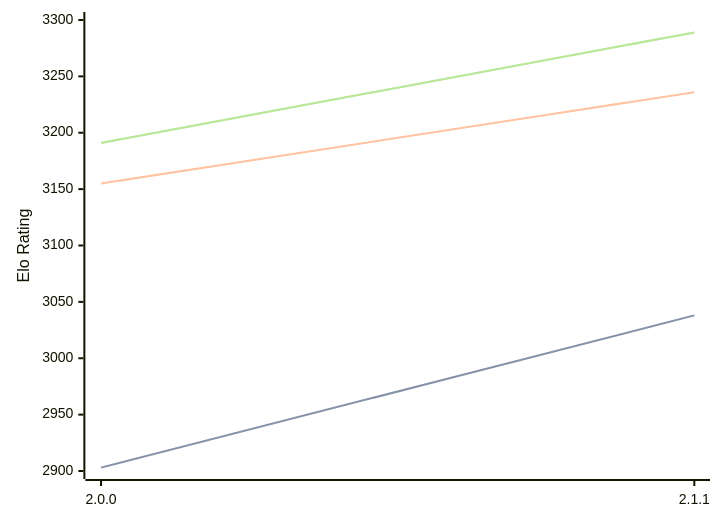
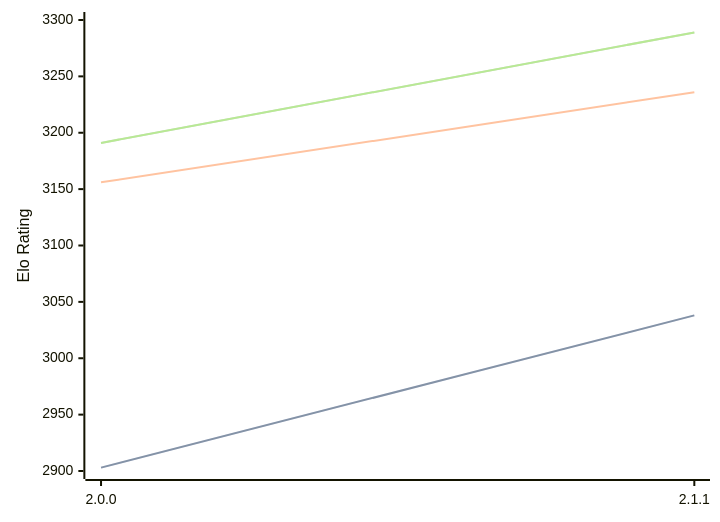
Before and after one commit to computer-chess-index/cci: the diagram in engines/Bread.md, drawn with Mermaid. The commit also changed other lines of this file, not shown here.

````diff
--- a/engines/Bread.md
+++ b/engines/Bread.md
@@ -47,11 +47,11 @@
 ```mermaid
 %%{init: {"theme":"base","themeVariables":{"seriesColors:['#a3a3a3','#222221','#faa371']}}}%%
 xychart-beta
   x-axis ["2.0.0", "2.1.1"]
   y-axis "Elo Rating" 2900 --> 3300
   line "STC (8.0+0.08s)" [2903, 3038]
   line "STC (8.0+0.08s)" [2903, 3038]
-  line "LTC (60.0+0.60s)" [3155, 3236]
+  line "LTC (60.0+0.60s)" [3156, 3236]
   line "VLTC (2m24s+1.12s)" [3191, 3289]
   line "VLTC (2m24s+1.12s)" [3191, 3289]
 ```
````
